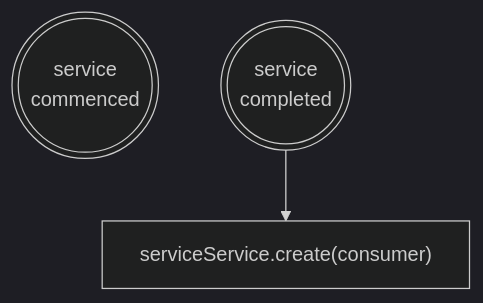
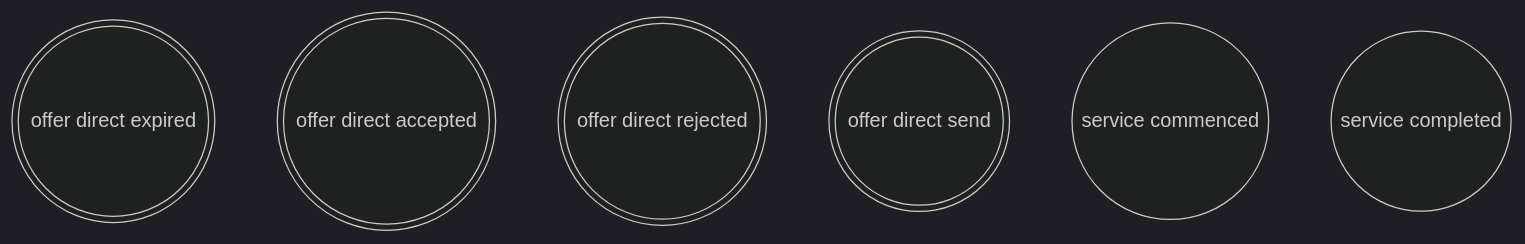
One commit to fsprojekti/shr-mfg-cpl-sim changed the second of 4 diagrams in README.md. Above: the diagram before and after it, drawn with Mermaid (dark theme). The commit also changed other lines of this file and 5 other files, not shown here.

````diff
--- a/README.md
+++ b/README.md
@@ -5,6 +35,10 @@
 ```mermaid
 graph TD
-    E1((("service <br>commenced")))
-    E2((("service <br>completed")))-->T1["serviceService.create(consumer)"]
+    E1((("offer direct expired")))
+    E2((("offer direct accepted")))
+    E3((("offer direct rejected")))
+    E4((("offer direct send")))
+    S1(("service commenced"))
+    S2(("service completed"))
     
 ```
````
